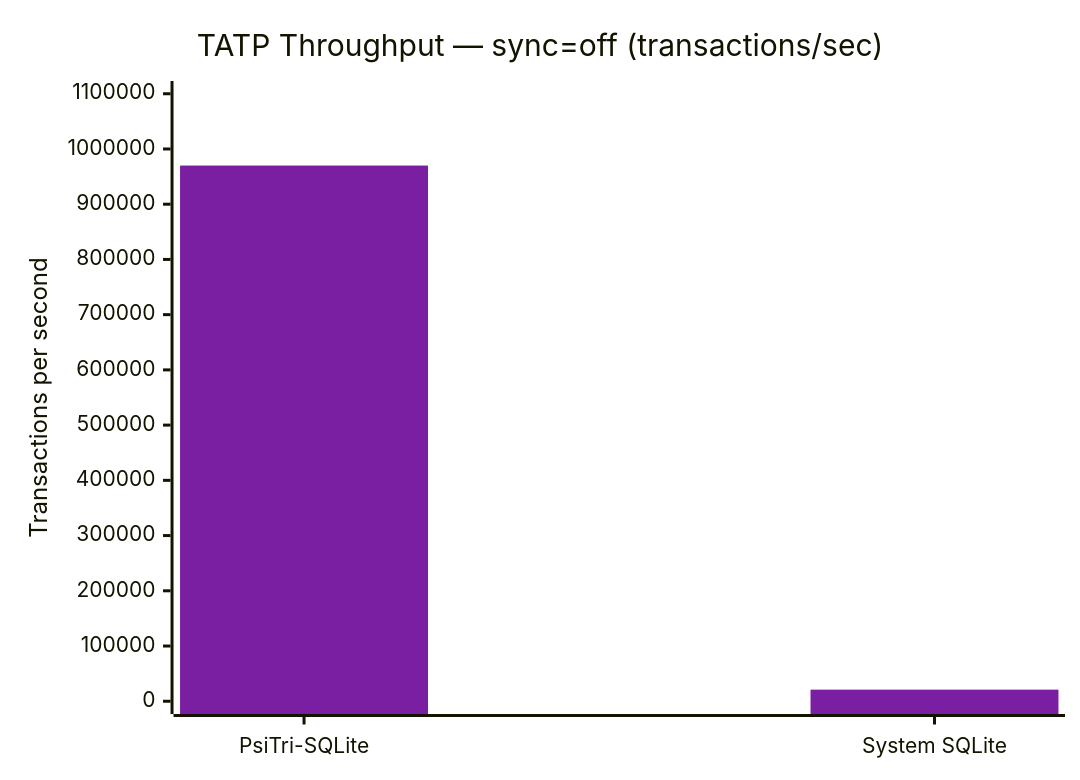
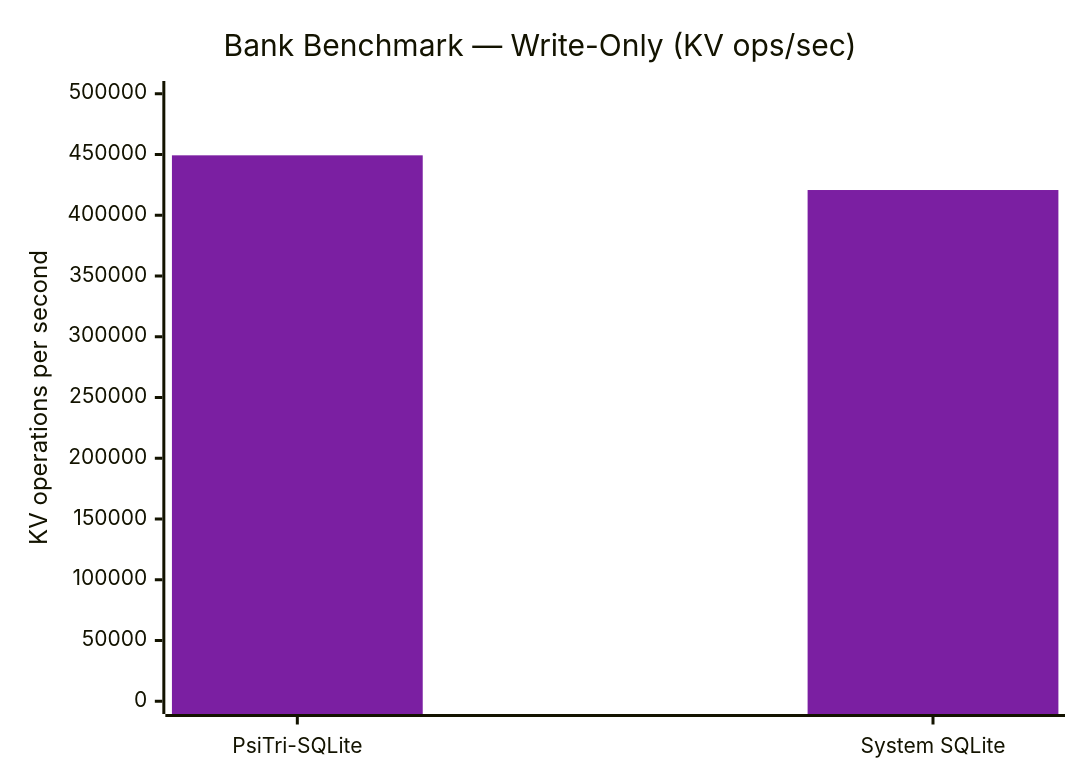
One commit to gofractally/arbtrie changed the first of 2 diagrams in docs/benchmarks/sqlite-api.md. Above: the diagram before and after it, drawn with Mermaid. The commit also changed other lines of this file and 2 other files, not shown here.

First line of the commit message:
Update docs with single-root SQLite design and benchmark results

````diff
--- a/docs/benchmarks/sqlite-api.md
+++ b/docs/benchmarks/sqlite-api.md
@@ -28,8 +46,8 @@
 ```mermaid
 %%{init: {'theme': 'base', 'themeVariables': {'xyChart': {'plotColorPalette': '#7b1fa2,#1565c0'}}}}%%
 xychart-beta
-    title "TATP Throughput — sync=off (transactions/sec)"
+    title "Bank Benchmark — Write-Only (KV ops/sec)"
     x-axis ["PsiTri-SQLite", "System SQLite"]
-    y-axis "Transactions per second" 0 --> 1100000
-    bar [970000, 21000]
+    y-axis "KV operations per second" 0 --> 500000
+    bar [449320, 420765]
 ```
````
